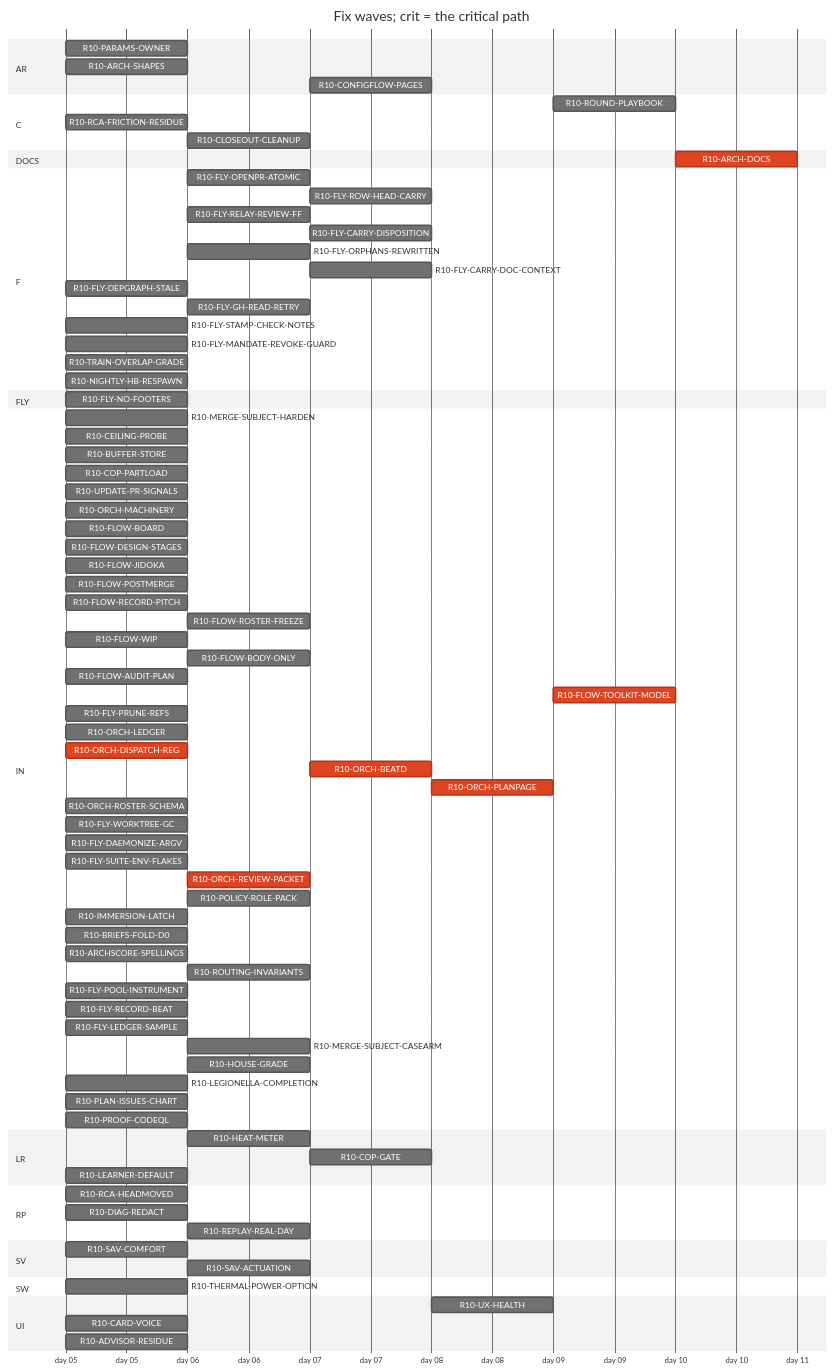
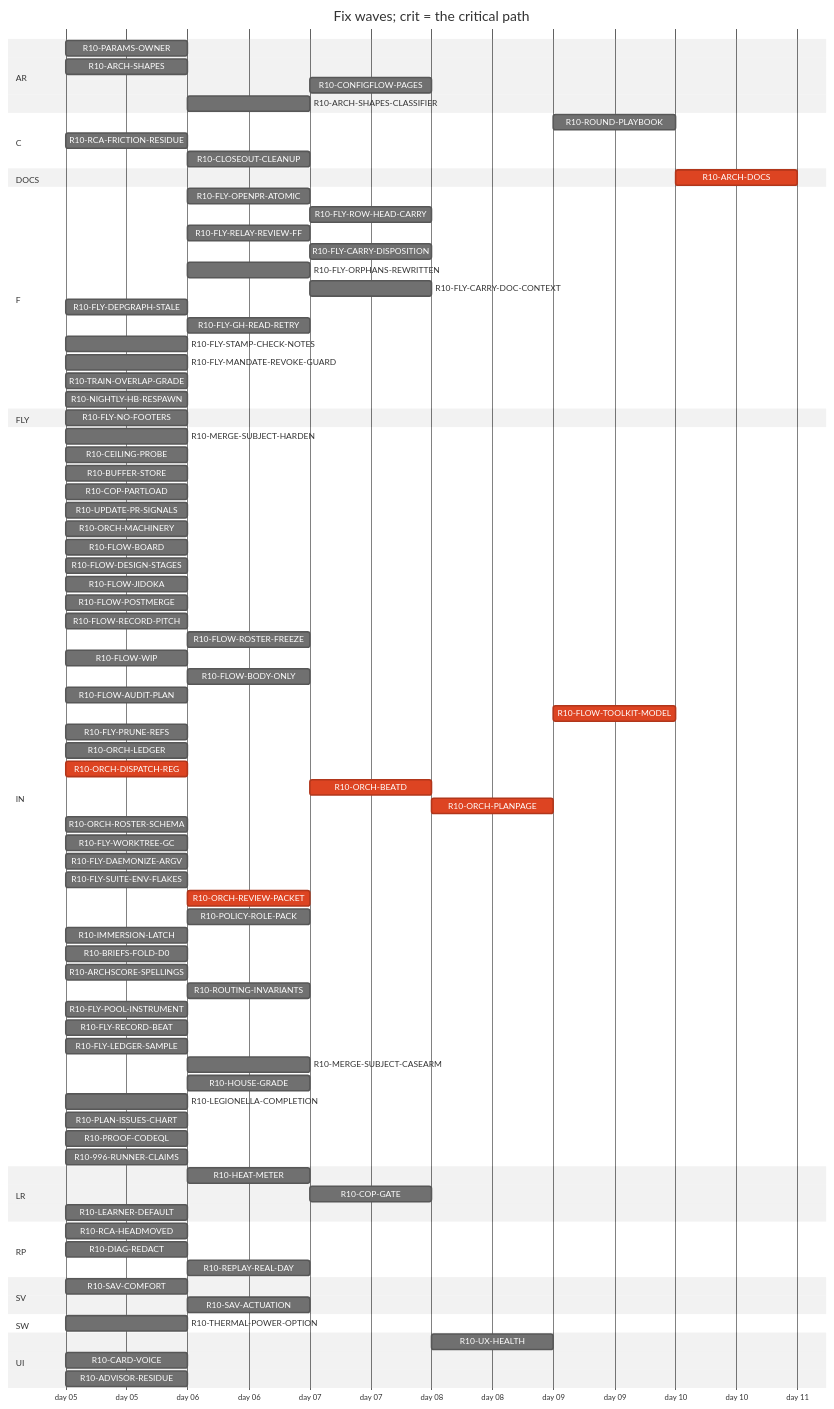
Before and after one commit to tvofi/heatpump_optimizer: the diagram in handoff/round10/state/PLAN-TABLE.md, drawn with Mermaid (neutral theme). The commit also changed other lines of this file and 2 other files, not shown here.

```diff
--- a/handoff/round10/state/PLAN-TABLE.md
+++ b/handoff/round10/state/PLAN-TABLE.md
@@ -30,6 +30,7 @@
     R10-PARAMS-OWNER :r10PARAMSOWNER, 2026-01-05, 1d
     R10-ARCH-SHAPES :r10ARCHSHAPES, 2026-01-05, 1d
     R10-CONFIGFLOW-PAGES :r10CONFIGFLOWPAGES, after r10HEATMETER, 1d
+    R10-ARCH-SHAPES-CLASSIFIER :r10ARCHSHAPESCLASSIFIER, after r10996RUNNERCLAIMS r10ARCHSHAPES, 1d
   section C
     R10-ROUND-PLAYBOOK :r10ROUNDPLAYBOOK, after r10FLOWAUDITPLAN r10ORCHLEDGER r10ORCHDISPATCHREG r10ORCHBEATD r10ORCHPLANPAGE r10FLYRELAYREVIEWFF r10FLOWROSTERFREEZE r10FLOWBODYONLY, 1d
     R10-RCA-FRICTION-RESIDUE :r10RCAFRICTIONRESIDUE, 2026-01-05, 1d
@@ -91,6 +92,7 @@
     R10-LEGIONELLA-COMPLETION :r10LEGIONELLACOMPLETION, 2026-01-05, 1d
     R10-PLAN-ISSUES-CHART :r10PLANISSUESCHART, 2026-01-05, 1d
     R10-PROOF-CODEQL :r10PROOFCODEQL, 2026-01-05, 1d
+    R10-996-RUNNER-CLAIMS :r10996RUNNERCLAIMS, 2026-01-05, 1d
   section LR
     R10-HEAT-METER :r10HEATMETER, after r10PARAMSOWNER r10ARCHSHAPES r10THERMALPOWEROPTION, 1d
     R10-COP-GATE :r10COPGATE, after r10HEATMETER, 1d
```
